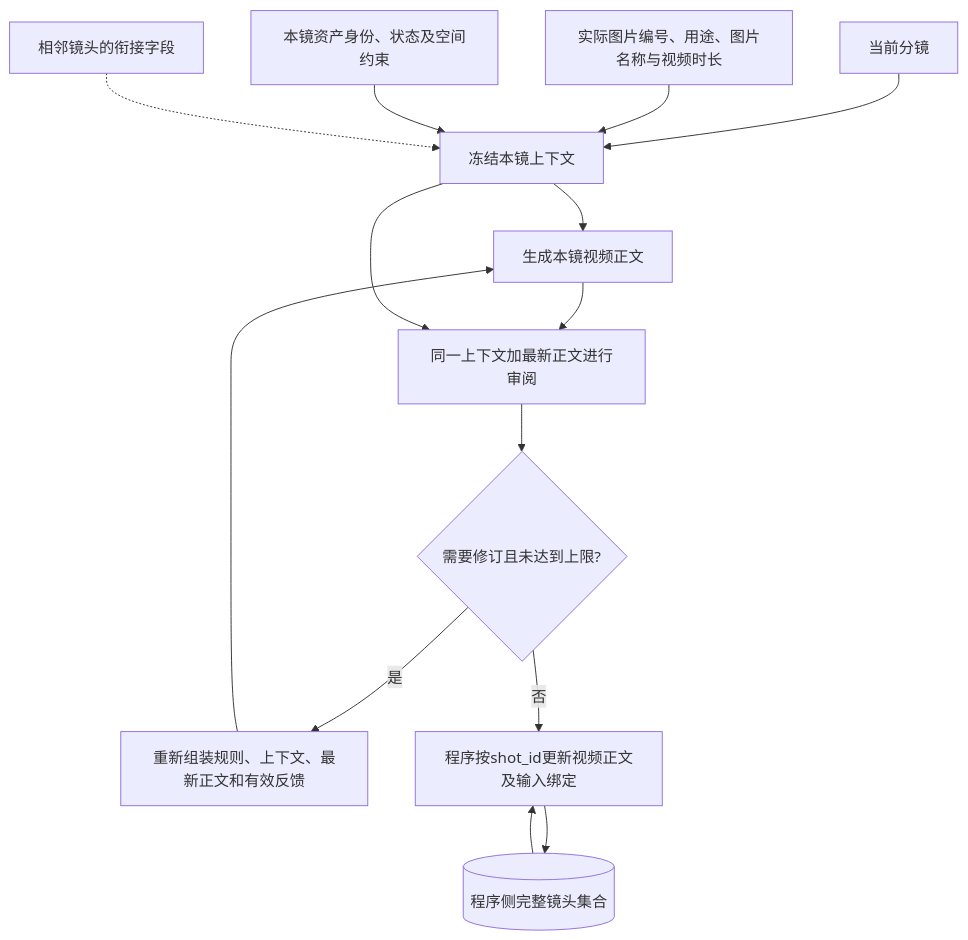
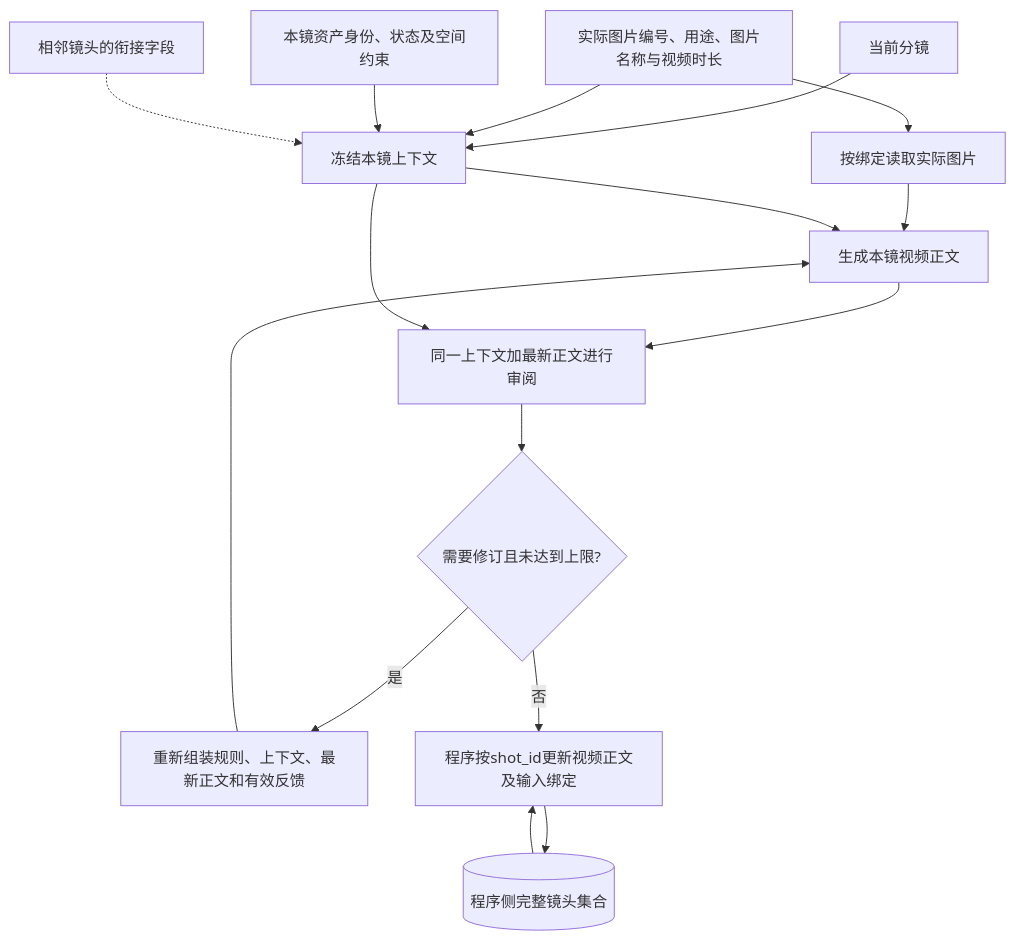
One commit to thisHobart/NovelWriter changed the diagram in docs/short_video/video_prompt_context.md. Above: the diagram before and after it, drawn with Mermaid. The commit also changed other lines of this file and 11 other files, not shown here.

````diff
--- a/docs/short_video/video_prompt_context.md
+++ b/docs/short_video/video_prompt_context.md
@@ -9,16 +9,18 @@
 ```mermaid
 flowchart TD
     S[当前分镜] --> C[冻结本镜上下文]
     I[实际图片编号、用途、图片名称与视频时长] --> C
     A[本镜资产身份、状态及空间约束] --> C
     E[相邻镜头的衔接字段] -.-> C
+    I --> P[按绑定读取实际图片]
+    P --> G
     C --> G[生成本镜视频正文]
     G --> R[同一上下文加最新正文进行审阅]
     C --> R
     R --> D{需要修订且未达到上限?}
     D -->|是| V[重新组装规则、上下文、最新正文和有效反馈]
     V --> G
     D -->|否| M[程序按shot_id更新视频正文及输入绑定]
     F[(程序侧完整镜头集合)] --> M
     M --> F
 ```
````
